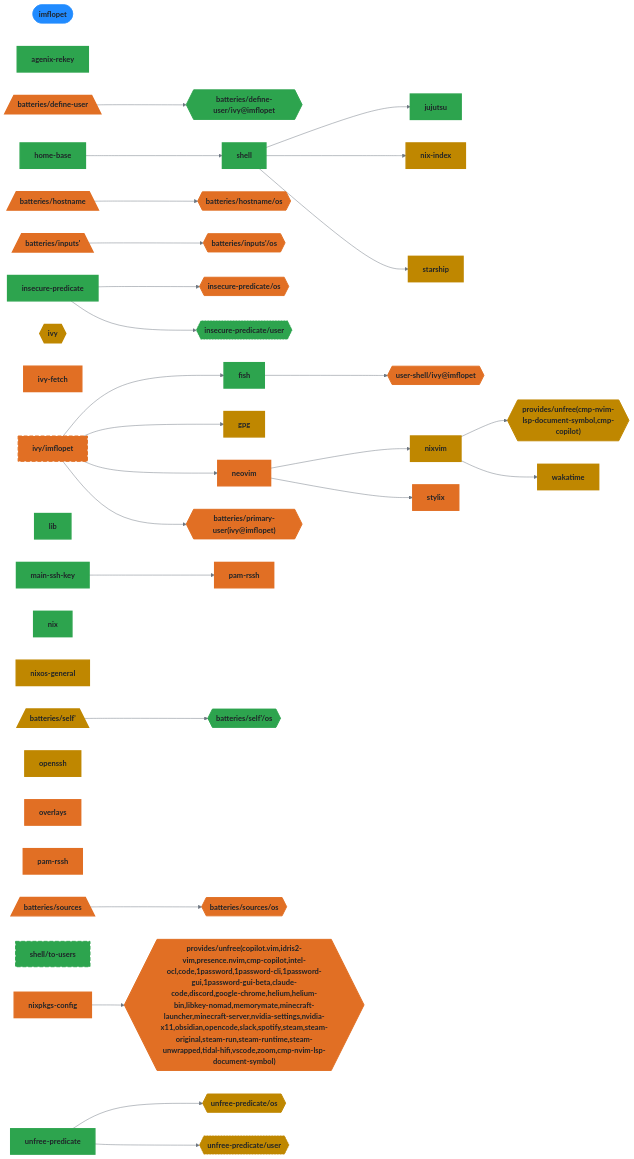
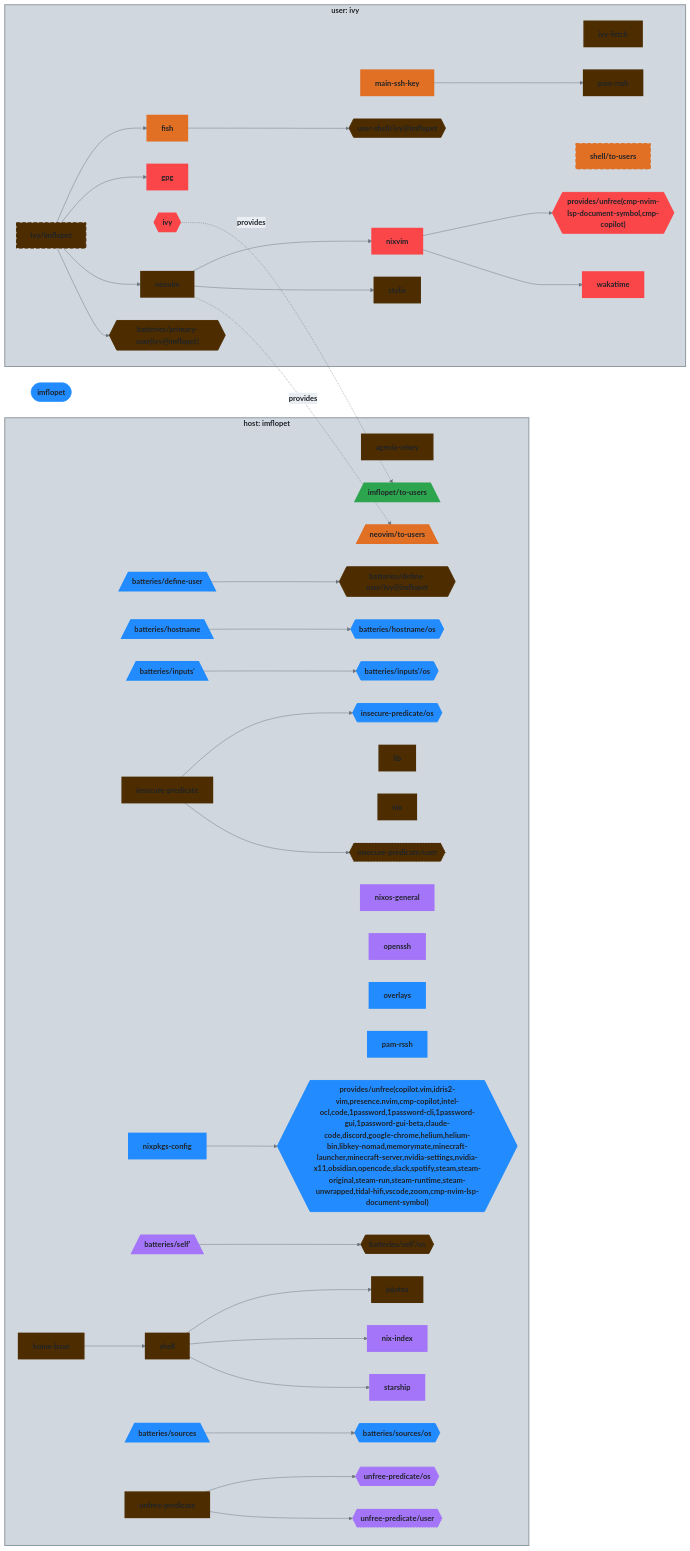
The third of 9 diagrams in README.md (auscyber/dotfiles), drawn with Mermaid before and after one commit. The commit also changed other lines of this file and 1 other file, not shown here.

````diff
--- a/README.md
+++ b/README.md
@@ -438,11 +477,11 @@
 %%{init: {"theme":"base","themeVariables":{"activationBkgColor":"#d0d7de","activationBorderColor":"#8c959f","actorBkg":"#d0d7de","actorBorder":"#6e7781","actorLineColor":"#6e7781","actorTextColor":"#424a53","background":"#eaeef2","classText":"#424a53","clusterBkg":"#d0d7de","clusterBorder":"#8c959f","edgeLabelBackground":"#eaeef2","labelBoxBkgColor":"#d0d7de","labelBoxBorderColor":"#6e7781","labelTextColor":"#424a53","lineColor":"#6e7781","loopTextColor":"#424a53","mainBkg":"#d0d7de","nodeBkg":"#d0d7de","nodeBorder":"#6e7781","nodeTextColor":"#424a53","noteBkgColor":"#d0d7de","noteBorderColor":"#8c959f","noteTextColor":"#424a53","pie1":"#fa4549","pie2":"#e16f24","pie3":"#bf8700","pie4":"#2da44e","pie5":"#339D9B","pie6":"#218bff","pie7":"#a475f9","pie8":"#4d2d00","pieLegendTextColor":"#424a53","pieOuterStrokeColor":"#8c959f","pieSectionTextColor":"#424a53","pieStrokeColor":"#8c959f","pieTitleTextColor":"#424a53","primaryBorderColor":"#6e7781","primaryColor":"#d0d7de","primaryTextColor":"#424a53","secondBkg":"#d0d7de","secondaryBorderColor":"#8c959f","secondaryColor":"#d0d7de","secondaryTextColor":"#424a53","sequenceNumberColor":"#eaeef2","signalColor":"#6e7781","signalTextColor":"#424a53","tertiaryBorderColor":"#8c959f","tertiaryColor":"#d0d7de","tertiaryTextColor":"#424a53","textColor":"#424a53","titleColor":"#424a53"}}}%%
 graph LR
   imflopet([imflopet]):::root
+
+  subgraph ctx_host_imflopet["host: imflopet"]
   agenix_rekey["agenix-rekey"]:::agenix_rekey_c
   den__batteries__define_user[/"batteries/define-user"\]:::den__batteries__define_user_c
   den__batteries__define_user__ivy_imflopet{{"batteries/define-user/ivy@imflopet"}}:::den__batteries__define_user__ivy_imflopet_c
-  fish["fish"]:::fish_c
-  gpg["gpg"]:::gpg_c
   home_base["home-base"]:::home_base_c
   den__batteries__hostname[/"batteries/hostname"\]:::den__batteries__hostname_c
   den__batteries__hostname__os{{"batteries/hostname/os"}}:::den__batteries__hostname__os_c
@@ -451,48 +490,59 @@
   insecure_predicate["insecure-predicate"]:::insecure_predicate_c
   insecure_predicate__os{{"insecure-predicate/os"}}:::insecure_predicate__os_c
   insecure_predicate__user{{"insecure-predicate/user"}}:::insecure_predicate__user_c
-  ivy{{"ivy"}}:::ivy_c
-  ivy_fetch["ivy-fetch"]:::ivy_fetch_c
-  ivy__imflopet["ivy/imflopet"]:::ivy__imflopet_c
   jujutsu["jujutsu"]:::jujutsu_c
   lib["lib"]:::lib_c
-  main_ssh_key["main-ssh-key"]:::main_ssh_key_c
-  neovim["neovim"]:::neovim_c
   nix["nix"]:::nix_c
   nix_index["nix-index"]:::nix_index_c
   nixos_general["nixos-general"]:::nixos_general_c
   nixpkgs_config_host_imflopet["nixpkgs-config"]:::nixpkgs_config_host_imflopet_c
-  nixvim["nixvim"]:::nixvim_c
   openssh["openssh"]:::openssh_c
   overlays["overlays"]:::overlays_c
   pam_rssh_host_imflopet["pam-rssh"]:::pam_rssh_host_imflopet_c
-  pam_rssh_user_ivy["pam-rssh"]:::pam_rssh_user_ivy_c
-  den__batteries__primary_user_ivy_imflopet_{{"batteries/primary-user(ivy@imflopet)"}}:::den__batteries__primary_user_ivy_imflopet__c
   den__batteries__self_[/"batteries/self'"\]:::den__batteries__self__c
   den__batteries__self___os{{"batteries/self'/os"}}:::den__batteries__self___os_c
   shell["shell"]:::shell_c
-  shell__to_users["shell/to-users"]:::shell__to_users_c
   den__batteries__sources[/"batteries/sources"\]:::den__batteries__sources_c
   den__batteries__sources__os{{"batteries/sources/os"}}:::den__batteries__sources__os_c
   starship["starship"]:::starship_c
-  stylix["stylix"]:::stylix_c
-  den__provides__unfree_cmp_nvim_lsp_document_symbol_cmp_copilot_{{"provides/unfree(cmp-nvim-lsp-document-symbol,cmp-copilot)"}}:::den__provides__unfree_cmp_nvim_lsp_document_symbol_cmp_copilot__c
+  ivy__imflopet__to_users[/"imflopet/to-users"\]:::ivy__imflopet__to_users_c
+  neovim__to_users[/"neovim/to-users"\]:::neovim__to_users_c
   den__provides__unfree_copilot_vim_idris2_vim_presence_nvim_cmp_copilot_intel_ocl_code_1password_1password_cli_1password_gui_1password_gui_beta_claude_code_discord_google_chrome_helium_helium_bin_libkey_nomad_memorymate_minecraft_launcher_minecraft_server_nvidia_settings_nvidia_x11_obsidian_opencode_slack_spotify_steam_steam_original_steam_run_steam_runtime_steam_unwrapped_tidal_hifi_vscode_zoom_cmp_nvim_lsp_document_symbol_{{"provides/unfree(copilot.vim,idris2-vim,presence.nvim,cmp-copilot,intel-ocl,code,1password,1password-cli,1password-gui,1password-gui-beta,claude-code,discord,google-chrome,helium,helium-bin,libkey-nomad,memorymate,minecraft-launcher,minecraft-server,nvidia-settings,nvidia-x11,obsidian,opencode,slack,spotify,steam,steam-original,steam-run,steam-runtime,steam-unwrapped,tidal-hifi,vscode,zoom,cmp-nvim-lsp-document-symbol)"}}:::den__provides__unfree_copilot_vim_idris2_vim_presence_nvim_cmp_copilot_intel_ocl_code_1password_1password_cli_1password_gui_1password_gui_beta_claude_code_discord_google_chrome_helium_helium_bin_libkey_nomad_memorymate_minecraft_launcher_minecraft_server_nvidia_settings_nvidia_x11_obsidian_opencode_slack_spotify_steam_steam_original_steam_run_steam_runtime_steam_unwrapped_tidal_hifi_vscode_zoom_cmp_nvim_lsp_document_symbol__c
   unfree_predicate["unfree-predicate"]:::unfree_predicate_c
   unfree_predicate__os{{"unfree-predicate/os"}}:::unfree_predicate__os_c
   unfree_predicate__user{{"unfree-predicate/user"}}:::unfree_predicate__user_c
-  user_shell__ivy_imflopet{{"user-shell/ivy@imflopet"}}:::user_shell__ivy_imflopet_c
-  wakatime["wakatime"]:::wakatime_c
-
   den__batteries__define_user --> den__batteries__define_user__ivy_imflopet
   den__batteries__hostname --> den__batteries__hostname__os
   den__batteries__inputs_ --> den__batteries__inputs___os
   den__batteries__self_ --> den__batteries__self___os
   den__batteries__sources --> den__batteries__sources__os
-  fish --> user_shell__ivy_imflopet
   home_base --> shell
   insecure_predicate --> insecure_predicate__os
   insecure_predicate --> insecure_predicate__user
+  nixpkgs_config_host_imflopet --> den__provides__unfree_copilot_vim_idris2_vim_presence_nvim_cmp_copilot_intel_ocl_code_1password_1password_cli_1password_gui_1password_gui_beta_claude_code_discord_google_chrome_helium_helium_bin_libkey_nomad_memorymate_minecraft_launcher_minecraft_server_nvidia_settings_nvidia_x11_obsidian_opencode_slack_spotify_steam_steam_original_steam_run_steam_runtime_steam_unwrapped_tidal_hifi_vscode_zoom_cmp_nvim_lsp_document_symbol_
+  shell --> jujutsu
+  shell --> nix_index
+  shell --> starship
+  unfree_predicate --> unfree_predicate__os
+  unfree_predicate --> unfree_predicate__user
+  end
+  subgraph ctx_user_ivy["user: ivy"]
+  fish["fish"]:::fish_c
+  gpg["gpg"]:::gpg_c
+  ivy{{"ivy"}}:::ivy_c
+  ivy_fetch["ivy-fetch"]:::ivy_fetch_c
+  ivy__imflopet["ivy/imflopet"]:::ivy__imflopet_c
+  main_ssh_key["main-ssh-key"]:::main_ssh_key_c
+  neovim["neovim"]:::neovim_c
+  nixvim["nixvim"]:::nixvim_c
+  pam_rssh_user_ivy["pam-rssh"]:::pam_rssh_user_ivy_c
+  den__batteries__primary_user_ivy_imflopet_{{"batteries/primary-user(ivy@imflopet)"}}:::den__batteries__primary_user_ivy_imflopet__c
+  shell__to_users["shell/to-users"]:::shell__to_users_c
+  stylix["stylix"]:::stylix_c
+  den__provides__unfree_cmp_nvim_lsp_document_symbol_cmp_copilot_{{"provides/unfree(cmp-nvim-lsp-document-symbol,cmp-copilot)"}}:::den__provides__unfree_cmp_nvim_lsp_document_symbol_cmp_copilot__c
+  user_shell__ivy_imflopet{{"user-shell/ivy@imflopet"}}:::user_shell__ivy_imflopet_c
+  wakatime["wakatime"]:::wakatime_c
+  fish --> user_shell__ivy_imflopet
   ivy__imflopet --> fish
   ivy__imflopet --> gpg
   ivy__imflopet --> neovim
@@ -500,60 +550,62 @@
   main_ssh_key --> pam_rssh_user_ivy
   neovim --> nixvim
   neovim --> stylix
-  nixpkgs_config_host_imflopet --> den__provides__unfree_copilot_vim_idris2_vim_presence_nvim_cmp_copilot_intel_ocl_code_1password_1password_cli_1password_gui_1password_gui_beta_claude_code_discord_google_chrome_helium_helium_bin_libkey_nomad_memorymate_minecraft_launcher_minecraft_server_nvidia_settings_nvidia_x11_obsidian_opencode_slack_spotify_steam_steam_original_steam_run_steam_runtime_steam_unwrapped_tidal_hifi_vscode_zoom_cmp_nvim_lsp_document_symbol_
   nixvim --> den__provides__unfree_cmp_nvim_lsp_document_symbol_cmp_copilot_
   nixvim --> wakatime
-  shell --> jujutsu
-  shell --> nix_index
-  shell --> starship
-  unfree_predicate --> unfree_predicate__os
-  unfree_predicate --> unfree_predicate__user
+  end
+
+  ivy -.->|provides| ivy__imflopet__to_users
+  neovim -.->|provides| neovim__to_users
 
   classDef root fill:#218bff,stroke:#218bff,color:#1f2328,font-weight:bold
-  classDef agenix_rekey_c fill:#2da44e,stroke:#2da44e,color:#1f2328,stroke-width:3px
-  classDef den__batteries__define_user_c fill:#e16f24,stroke:#e16f24,color:#1f2328,stroke-width:3px
-  classDef den__batteries__define_user__ivy_imflopet_c fill:#2da44e,stroke:#2da44e,color:#1f2328,stroke-width:2px
-  classDef fish_c fill:#2da44e,stroke:#2da44e,color:#1f2328,stroke-width:3px
-  classDef gpg_c fill:#bf8700,stroke:#bf8700,color:#1f2328,stroke-width:3px
-  classDef home_base_c fill:#2da44e,stroke:#2da44e,color:#1f2328,stroke-width:3px
-  classDef den__batteries__hostname_c fill:#e16f24,stroke:#e16f24,color:#1f2328,stroke-width:3px
-  classDef den__batteries__hostname__os_c fill:#e16f24,stroke:#e16f24,color:#1f2328,stroke-width:2px
-  classDef imflopet_c fill:#e16f24,stroke:#e16f24,color:#1f2328,stroke-width:3px
-  classDef den__batteries__inputs__c fill:#e16f24,stroke:#e16f24,color:#1f2328,stroke-width:3px
-  classDef den__batteries__inputs___os_c fill:#e16f24,stroke:#e16f24,color:#1f2328,stroke-width:2px
-  classDef insecure_predicate_c fill:#2da44e,stroke:#2da44e,color:#1f2328,stroke-width:3px
-  classDef insecure_predicate__os_c fill:#e16f24,stroke:#e16f24,color:#1f2328,stroke-width:2px
-  classDef insecure_predicate__user_c fill:#2da44e,stroke:#2da44e,color:#1f2328,stroke-dasharray: 3 3,stroke-width:1px
-  classDef ivy_c fill:#bf8700,stroke:#bf8700,color:#1f2328,stroke-width:3px
-  classDef ivy_fetch_c fill:#e16f24,stroke:#e16f24,color:#1f2328,stroke-width:3px
-  classDef ivy__imflopet_c fill:#e16f24,stroke:#e16f24,color:#1f2328,stroke-width:2px,stroke-dasharray: 8 4
-  classDef jujutsu_c fill:#2da44e,stroke:#2da44e,color:#1f2328,stroke-width:3px
-  classDef lib_c fill:#2da44e,stroke:#2da44e,color:#1f2328,stroke-width:3px
-  classDef main_ssh_key_c fill:#2da44e,stroke:#2da44e,color:#1f2328,stroke-width:3px
-  classDef neovim_c fill:#e16f24,stroke:#e16f24,color:#1f2328,stroke-width:3px
-  classDef nix_c fill:#2da44e,stroke:#2da44e,color:#1f2328,stroke-width:3px
-  classDef nix_index_c fill:#bf8700,stroke:#bf8700,color:#1f2328,stroke-width:3px
-  classDef nixos_general_c fill:#bf8700,stroke:#bf8700,color:#1f2328,stroke-width:3px
-  classDef nixpkgs_config_host_imflopet_c fill:#e16f24,stroke:#e16f24,color:#1f2328,stroke-width:3px
-  classDef nixvim_c fill:#bf8700,stroke:#bf8700,color:#1f2328,stroke-width:3px
-  classDef openssh_c fill:#bf8700,stroke:#bf8700,color:#1f2328,stroke-width:3px
-  classDef overlays_c fill:#e16f24,stroke:#e16f24,color:#1f2328,stroke-width:3px
-  classDef pam_rssh_host_imflopet_c fill:#e16f24,stroke:#e16f24,color:#1f2328,stroke-width:3px
-  classDef pam_rssh_user_ivy_c fill:#e16f24,stroke:#e16f24,color:#1f2328,stroke-width:3px
-  classDef den__batteries__primary_user_ivy_imflopet__c fill:#e16f24,stroke:#e16f24,color:#1f2328,stroke-width:2px
-  classDef den__batteries__self__c fill:#bf8700,stroke:#bf8700,color:#1f2328,stroke-width:3px
-  classDef den__batteries__self___os_c fill:#2da44e,stroke:#2da44e,color:#1f2328,stroke-width:2px
-  classDef shell_c fill:#2da44e,stroke:#2da44e,color:#1f2328,stroke-width:3px
-  classDef shell__to_users_c fill:#2da44e,stroke:#2da44e,color:#1f2328,stroke-width:2px,stroke-dasharray: 8 4
-  classDef den__batteries__sources_c fill:#e16f24,stroke:#e16f24,color:#1f2328,stroke-width:3px
-  classDef den__batteries__sources__os_c fill:#e16f24,stroke:#e16f24,color:#1f2328,stroke-width:2px
-  classDef starship_c fill:#bf8700,stroke:#bf8700,color:#1f2328,stroke-width:3px
-  classDef stylix_c fill:#e16f24,stroke:#e16f24,color:#1f2328,stroke-width:3px
-  classDef den__provides__unfree_cmp_nvim_lsp_document_symbol_cmp_copilot__c fill:#bf8700,stroke:#bf8700,color:#1f2328,stroke-width:2px
-  classDef den__provides__unfree_copilot_vim_idris2_vim_presence_nvim_cmp_copilot_intel_ocl_code_1password_1password_cli_1password_gui_1password_gui_beta_claude_code_discord_google_chrome_helium_helium_bin_libkey_nomad_memorymate_minecraft_launcher_minecraft_server_nvidia_settings_nvidia_x11_obsidian_opencode_slack_spotify_steam_steam_original_steam_run_steam_runtime_steam_unwrapped_tidal_hifi_vscode_zoom_cmp_nvim_lsp_document_symbol__c fill:#e16f24,stroke:#e16f24,color:#1f2328,stroke-width:2px
-  classDef unfree_predicate_c fill:#2da44e,stroke:#2da44e,color:#1f2328,stroke-width:3px
-  classDef unfree_predicate__os_c fill:#bf8700,stroke:#bf8700,color:#1f2328,stroke-width:2px
-  classDef unfree_predicate__user_c fill:#bf8700,stroke:#bf8700,color:#1f2328,stroke-dasharray: 3 3,stroke-width:1px
-  classDef user_shell__ivy_imflopet_c fill:#e16f24,stroke:#e16f24,color:#1f2328,stroke-width:2px
-  classDef wakatime_c fill:#bf8700,stroke:#bf8700,color:#1f2328,stroke-width:3px
+  classDef agenix_rekey_c fill:#4d2d00,stroke:#4d2d00,color:#1f2328,stroke-width:3px
+  classDef den__batteries__define_user_c fill:#218bff,stroke:#218bff,color:#1f2328,stroke-width:3px
+  classDef den__batteries__define_user__ivy_imflopet_c fill:#4d2d00,stroke:#4d2d00,color:#1f2328,stroke-width:2px
+  classDef fish_c fill:#e16f24,stroke:#e16f24,color:#1f2328,stroke-width:3px
+  classDef gpg_c fill:#fa4549,stroke:#fa4549,color:#1f2328,stroke-width:3px
+  classDef home_base_c fill:#4d2d00,stroke:#4d2d00,color:#1f2328,stroke-width:3px
+  classDef den__batteries__hostname_c fill:#218bff,stroke:#218bff,color:#1f2328,stroke-width:3px
+  classDef den__batteries__hostname__os_c fill:#218bff,stroke:#218bff,color:#1f2328,stroke-width:2px
+  classDef imflopet_c fill:#218bff,stroke:#218bff,color:#1f2328,stroke-width:3px
+  classDef den__batteries__inputs__c fill:#218bff,stroke:#218bff,color:#1f2328,stroke-width:3px
+  classDef den__batteries__inputs___os_c fill:#218bff,stroke:#218bff,color:#1f2328,stroke-width:2px
+  classDef insecure_predicate_c fill:#4d2d00,stroke:#4d2d00,color:#1f2328,stroke-width:3px
+  classDef insecure_predicate__os_c fill:#218bff,stroke:#218bff,color:#1f2328,stroke-width:2px
+  classDef insecure_predicate__user_c fill:#4d2d00,stroke:#4d2d00,color:#1f2328,stroke-dasharray: 3 3,stroke-width:1px
+  classDef ivy_c fill:#fa4549,stroke:#fa4549,color:#1f2328,stroke-width:3px
+  classDef ivy_fetch_c fill:#4d2d00,stroke:#4d2d00,color:#1f2328,stroke-width:3px
+  classDef ivy__imflopet_c fill:#4d2d00,stroke:#4d2d00,color:#1f2328,stroke-width:2px,stroke-dasharray: 8 4
+  classDef jujutsu_c fill:#4d2d00,stroke:#4d2d00,color:#1f2328,stroke-width:3px
+  classDef lib_c fill:#4d2d00,stroke:#4d2d00,color:#1f2328,stroke-width:3px
+  classDef main_ssh_key_c fill:#e16f24,stroke:#e16f24,color:#1f2328,stroke-width:3px
+  classDef neovim_c fill:#4d2d00,stroke:#4d2d00,color:#1f2328,stroke-width:3px
+  classDef nix_c fill:#4d2d00,stroke:#4d2d00,color:#1f2328,stroke-width:3px
+  classDef nix_index_c fill:#a475f9,stroke:#a475f9,color:#1f2328,stroke-width:3px
+  classDef nixos_general_c fill:#a475f9,stroke:#a475f9,color:#1f2328,stroke-width:3px
+  classDef nixpkgs_config_host_imflopet_c fill:#218bff,stroke:#218bff,color:#1f2328,stroke-width:3px
+  classDef nixvim_c fill:#fa4549,stroke:#fa4549,color:#1f2328,stroke-width:3px
+  classDef openssh_c fill:#a475f9,stroke:#a475f9,color:#1f2328,stroke-width:3px
+  classDef overlays_c fill:#218bff,stroke:#218bff,color:#1f2328,stroke-width:3px
+  classDef pam_rssh_host_imflopet_c fill:#218bff,stroke:#218bff,color:#1f2328,stroke-width:3px
+  classDef pam_rssh_user_ivy_c fill:#4d2d00,stroke:#4d2d00,color:#1f2328,stroke-width:3px
+  classDef den__batteries__primary_user_ivy_imflopet__c fill:#4d2d00,stroke:#4d2d00,color:#1f2328,stroke-width:2px
+  classDef den__batteries__self__c fill:#a475f9,stroke:#a475f9,color:#1f2328,stroke-width:3px
+  classDef den__batteries__self___os_c fill:#4d2d00,stroke:#4d2d00,color:#1f2328,stroke-width:2px
+  classDef shell_c fill:#4d2d00,stroke:#4d2d00,color:#1f2328,stroke-width:3px
+  classDef shell__to_users_c fill:#e16f24,stroke:#e16f24,color:#1f2328,stroke-width:2px,stroke-dasharray: 8 4
+  classDef den__batteries__sources_c fill:#218bff,stroke:#218bff,color:#1f2328,stroke-width:3px
+  classDef den__batteries__sources__os_c fill:#218bff,stroke:#218bff,color:#1f2328,stroke-width:2px
+  classDef starship_c fill:#a475f9,stroke:#a475f9,color:#1f2328,stroke-width:3px
+  classDef stylix_c fill:#4d2d00,stroke:#4d2d00,color:#1f2328,stroke-width:3px
+  classDef ivy__imflopet__to_users_c fill:#2da44e,stroke:#2da44e,color:#1f2328,stroke-width:3px
+  classDef neovim__to_users_c fill:#e16f24,stroke:#e16f24,color:#1f2328,stroke-width:3px
+  classDef den__provides__unfree_cmp_nvim_lsp_document_symbol_cmp_copilot__c fill:#fa4549,stroke:#fa4549,color:#1f2328,stroke-width:2px
+  classDef den__provides__unfree_copilot_vim_idris2_vim_presence_nvim_cmp_copilot_intel_ocl_code_1password_1password_cli_1password_gui_1password_gui_beta_claude_code_discord_google_chrome_helium_helium_bin_libkey_nomad_memorymate_minecraft_launcher_minecraft_server_nvidia_settings_nvidia_x11_obsidian_opencode_slack_spotify_steam_steam_original_steam_run_steam_runtime_steam_unwrapped_tidal_hifi_vscode_zoom_cmp_nvim_lsp_document_symbol__c fill:#218bff,stroke:#218bff,color:#1f2328,stroke-width:2px
+  classDef unfree_predicate_c fill:#4d2d00,stroke:#4d2d00,color:#1f2328,stroke-width:3px
+  classDef unfree_predicate__os_c fill:#a475f9,stroke:#a475f9,color:#1f2328,stroke-width:2px
+  classDef unfree_predicate__user_c fill:#a475f9,stroke:#a475f9,color:#1f2328,stroke-dasharray: 3 3,stroke-width:1px
+  classDef user_shell__ivy_imflopet_c fill:#4d2d00,stroke:#4d2d00,color:#1f2328,stroke-width:2px
+  classDef wakatime_c fill:#fa4549,stroke:#fa4549,color:#1f2328,stroke-width:3px
+style ctx_host_imflopet fill:#d0d7de,stroke:#8c959f,stroke-width:2px
+style ctx_user_ivy fill:#d0d7de,stroke:#8c959f,stroke-width:2px
 ```
````
